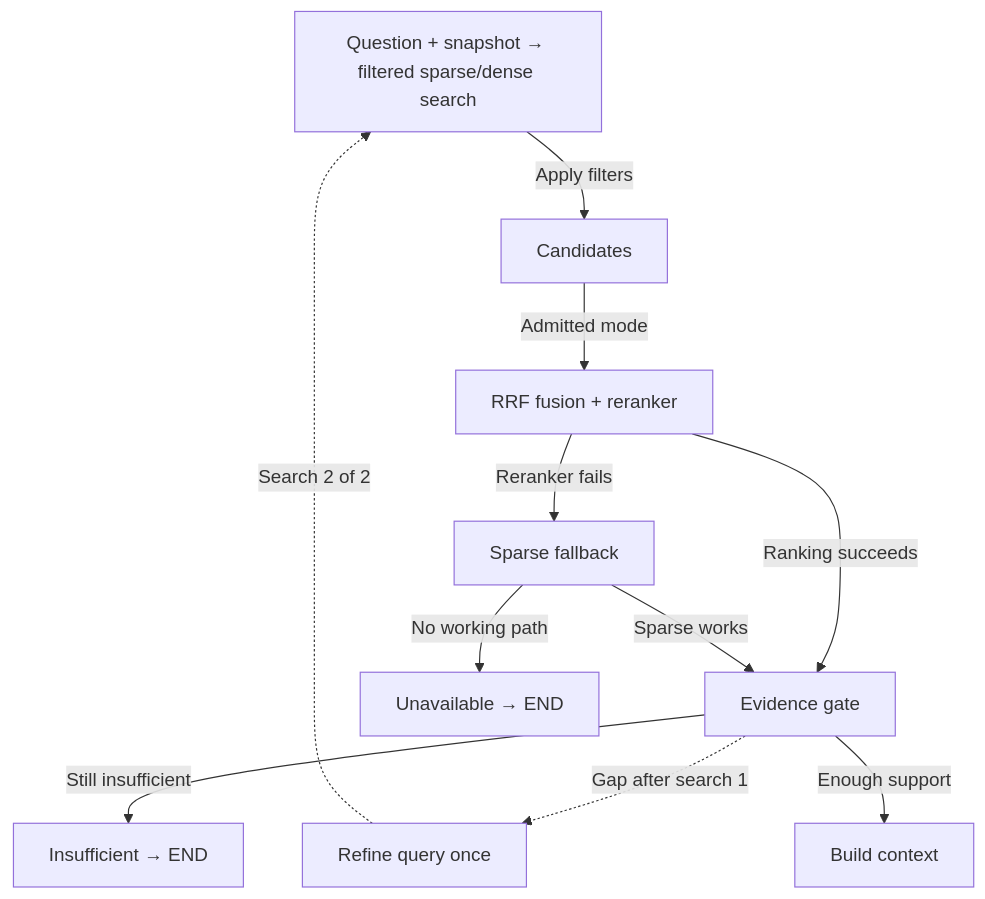
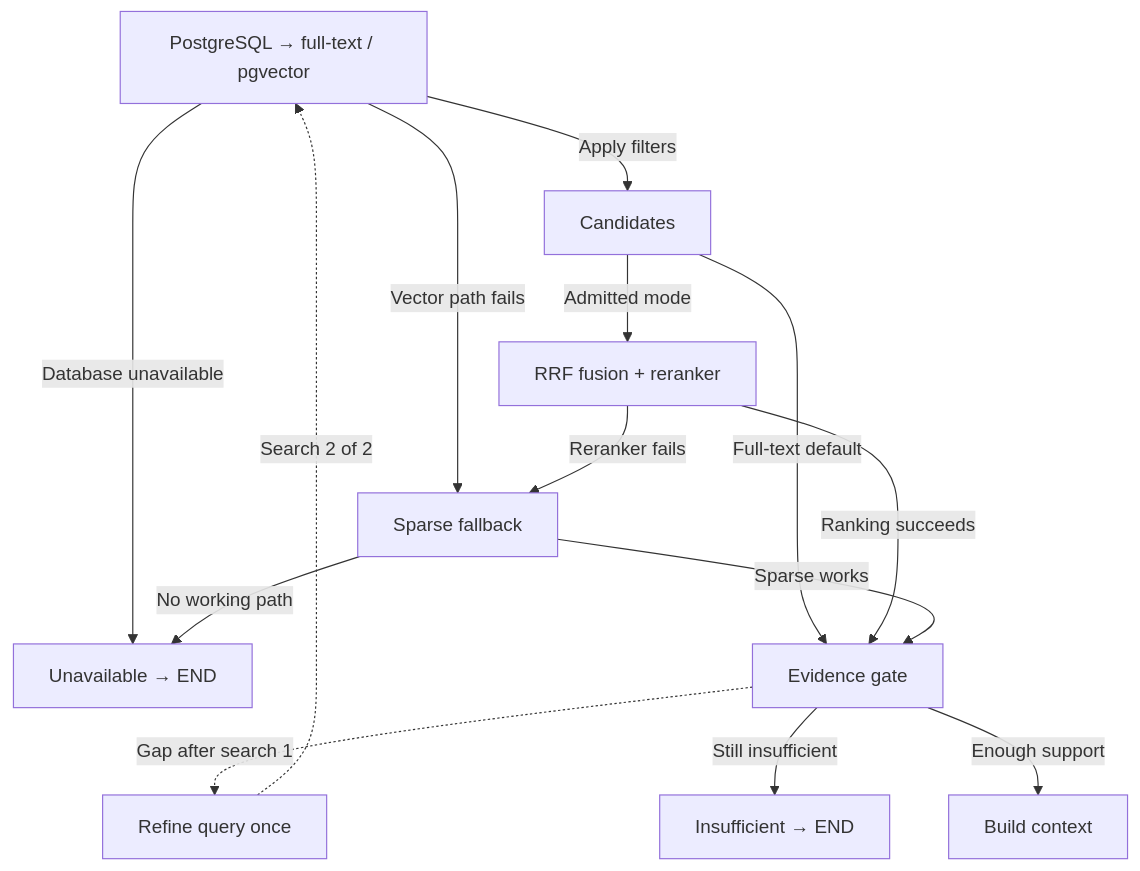
Before and after one commit to ByronHo68/ai-learning-academy: the diagram in public/downloads/finance-diagrams/retrieval-en.mmd, drawn with Mermaid. The commit also changed 66 other files, not shown here.

Commit message:
Use PostgreSQL for the finance database and retrieval baseline

```diff
--- a/public/downloads/finance-diagrams/retrieval-en.mmd
+++ b/public/downloads/finance-diagrams/retrieval-en.mmd
@@ -1,20 +1,23 @@
 flowchart TD
-  n0["Question + snapshot → filtered sparse/dense search"]
-  n1["Candidates"]
-  n2["RRF fusion + reranker"]
+  n0["PostgreSQL → full-text / pgvector"]
+  n1["Unavailable → END"]
+  n2["Candidates"]
   n3["Evidence gate"]
-  n4["Sparse fallback"]
-  n5["Unavailable → END"]
+  n4["RRF fusion + reranker"]
+  n5["Sparse fallback"]
   n6["Refine query once"]
   n7["Insufficient → END"]
   n8["Build context"]
-  n0 -- "Apply filters" --> n1
-  n1 -- "Admitted mode" --> n2
-  n2 -- "Ranking succeeds" --> n3
-  n2 -- "Reranker fails" --> n4
-  n4 -- "Sparse works" --> n3
-  n4 -- "No working path" --> n5
+  n0 -- "Database unavailable" --> n1
+  n0 -- "Apply filters" --> n2
+  n2 -- "Full-text default" --> n3
+  n2 -- "Admitted mode" --> n4
+  n4 -- "Ranking succeeds" --> n3
+  n0 -- "Vector path fails" --> n5
+  n4 -- "Reranker fails" --> n5
+  n5 -- "Sparse works" --> n3
+  n5 -- "No working path" --> n1
   n3 -. "Gap after search 1" .-> n6
   n6 -. "Search 2 of 2" .-> n0
   n3 -- "Still insufficient" --> n7
   n3 -- "Enough support" --> n8
```
